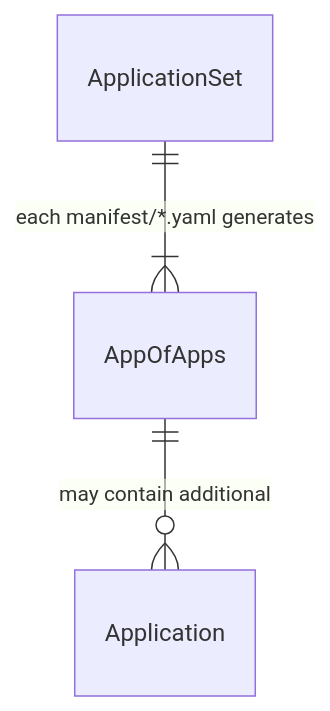
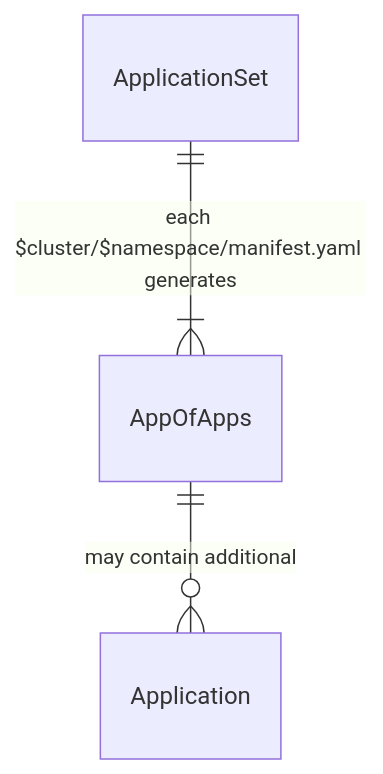
Before and after one commit to acelinkio/argocd-homelab: the first of 2 diagrams in README.md, drawn with Mermaid. The commit also changed other lines of this file, not shown here.

````diff
--- a/README.md
+++ b/README.md
@@ -35,5 +36,5 @@
 ```mermaid
 erDiagram
-    ApplicationSet ||--|{ AppOfApps : "each manifest/*.yaml generates"
+    ApplicationSet ||--|{ AppOfApps : "each $cluster/$namespace/manifest.yaml generates"
     AppOfApps ||--o{ Application : "may contain additional"
 ```
````
